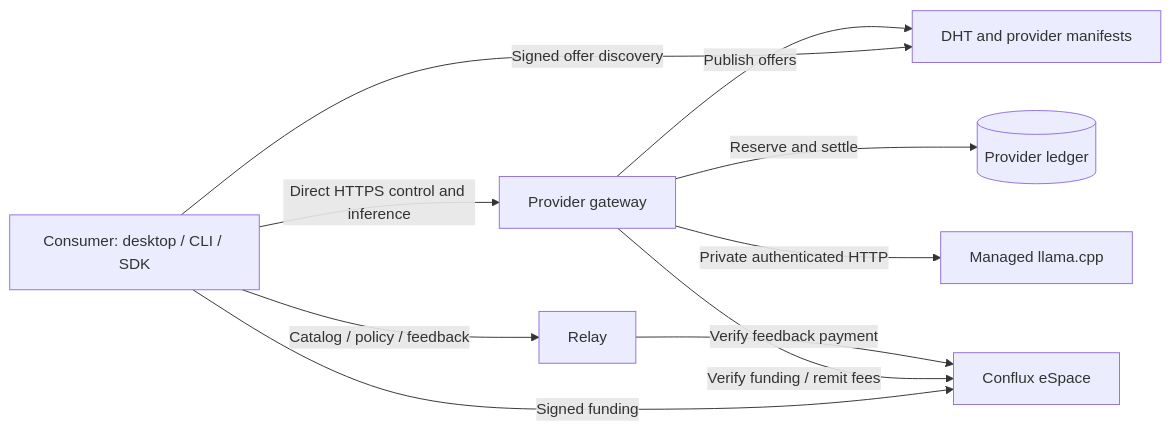
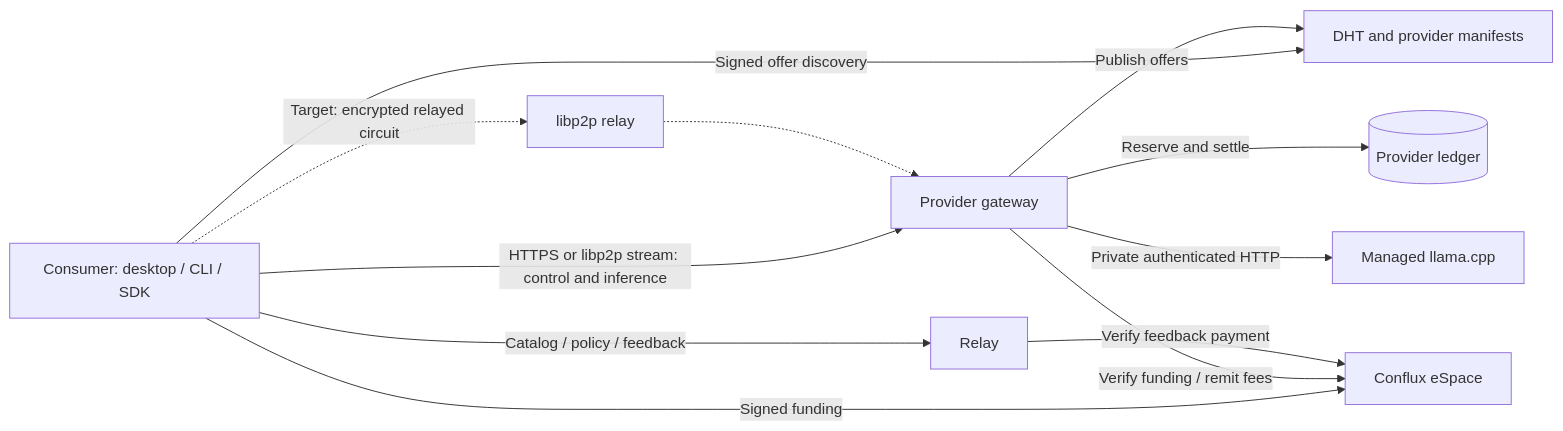
Before and after one commit to chiral-network/chiral-network: the diagram in docs/chiral-book.md, drawn with Mermaid. The commit also changed other lines of this file and 1 other file, not shown here.

First line of the commit message:
docs(book): adopt local-first desktop client and libp2p provider reachability

````diff
--- a/docs/chiral-book.md
+++ b/docs/chiral-book.md
@@ -37,12 +39,14 @@
 ```mermaid
 flowchart LR
     C[Consumer: desktop / CLI / SDK] -->|Signed offer discovery| D[DHT and provider manifests]
     P[Provider gateway] -->|Publish offers| D
     C -->|Catalog / policy / feedback| R[Relay]
-    C -->|Direct HTTPS control and inference| P
+    C -->|HTTPS or libp2p stream: control and inference| P
+    C -.->|Target: encrypted relayed circuit| X[libp2p relay]
+    X -.-> P
     P -->|Reserve and settle| L[(Provider ledger)]
     P -->|Private authenticated HTTP| E[Managed llama.cpp]
     C -->|Signed funding| B[Conflux eSpace]
     P -->|Verify funding / remit fees| B
     R -->|Verify feedback payment| B
 ```
````
